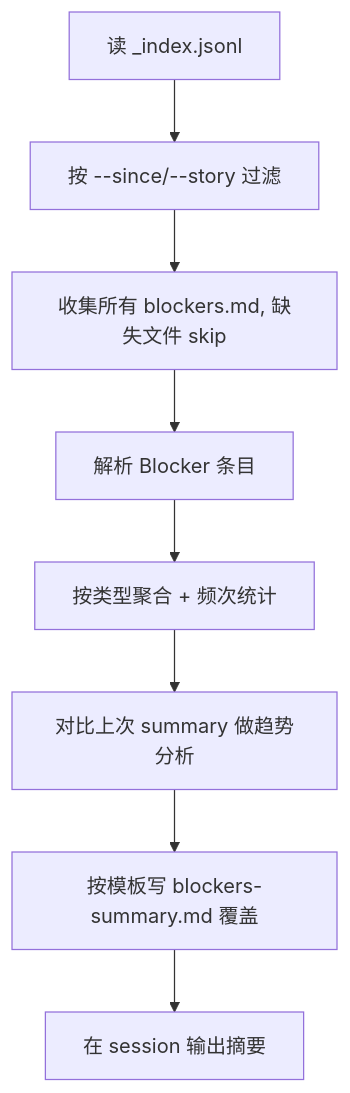
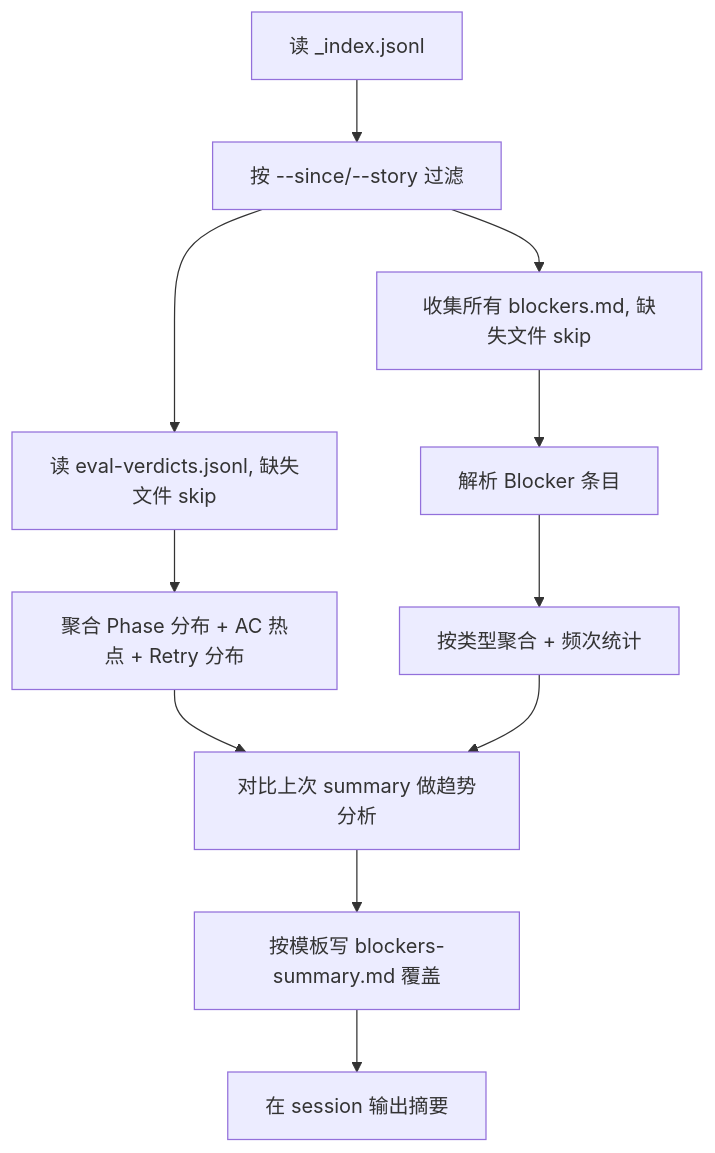
Before and after one commit to dd-xiaozhi/dev-agent-flow: the diagram in .claude/agents/workflow-reviewer.md, drawn with Mermaid. The commit also changed other lines of this file and 33 other files, not shown here.

````diff
--- a/.claude/agents/workflow-reviewer.md
+++ b/.claude/agents/workflow-reviewer.md
@@ -49,10 +53,13 @@
 ```mermaid
 flowchart TD
     A[读 _index.jsonl] --> B[按 --since/--story 过滤]
     B --> C[收集所有 blockers.md, 缺失文件 skip]
     C --> D[解析 Blocker 条目]
-    D --> E[按类型聚合 + 频次统计]
-    E --> F[对比上次 summary 做趋势分析]
-    F --> G[按模板写 blockers-summary.md 覆盖]
-    G --> H[在 session 输出摘要]
+    B --> E[读 eval-verdicts.jsonl, 缺失文件 skip]
+    E --> F[聚合 Phase 分布 + AC 热点 + Retry 分布]
+    D --> G[按类型聚合 + 频次统计]
+    F --> H[对比上次 summary 做趋势分析]
+    G --> H
+    H --> I[按模板写 blockers-summary.md 覆盖]
+    I --> J[在 session 输出摘要]
 ```
````
